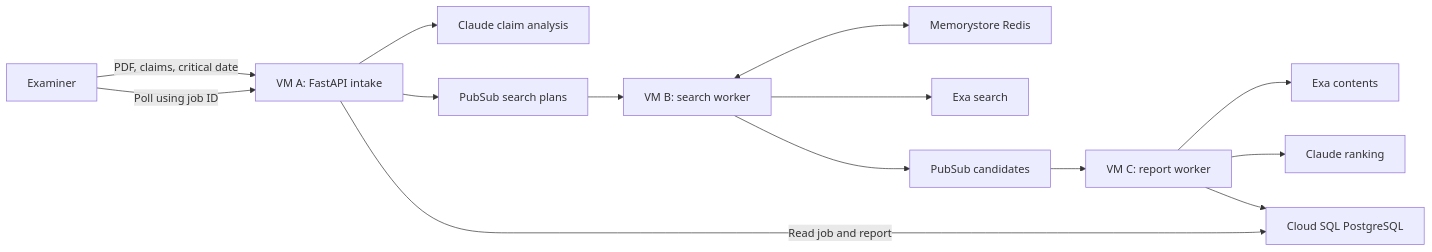
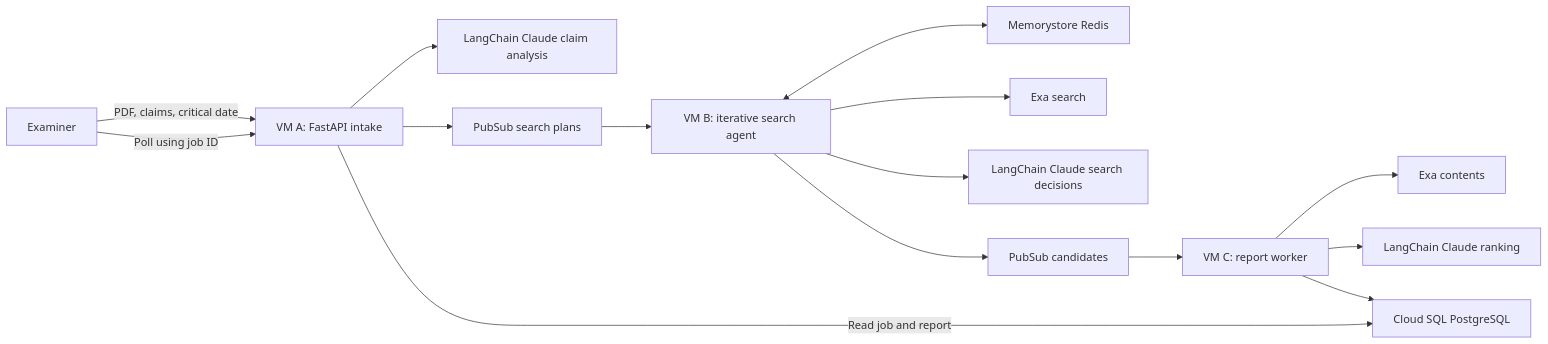
Before and after one commit to Jransom33/Agentic_Patent_Search: the first of 4 diagrams in spec.md, drawn with Mermaid. The commit also changed other lines of this file, not shown here.

````diff
--- a/spec.md
+++ b/spec.md
@@ -68,16 +68,17 @@
 ```mermaid
 flowchart LR
     User[Examiner] -->|"PDF, claims, critical date"| ComponentA["VM A: FastAPI intake"]
-    ComponentA --> ClaudeA[Claude claim analysis]
+    ComponentA --> ClaudeA[LangChain Claude claim analysis]
     ComponentA --> SearchPlans[PubSub search plans]
-    SearchPlans --> ComponentB["VM B: search worker"]
+    SearchPlans --> ComponentB["VM B: iterative search agent"]
     ComponentB <--> Redis[Memorystore Redis]
     ComponentB --> ExaSearch[Exa search]
+    ComponentB --> ClaudeB[LangChain Claude search decisions]
     ComponentB --> Candidates[PubSub candidates]
     Candidates --> ComponentC["VM C: report worker"]
     ComponentC --> ExaContents[Exa contents]
-    ComponentC --> ClaudeC[Claude ranking]
+    ComponentC --> ClaudeC[LangChain Claude ranking]
     ComponentC --> Postgres[Cloud SQL PostgreSQL]
     ComponentA -->|"Read job and report"| Postgres
     User -->|"Poll using job ID"| ComponentA
 ```
````
